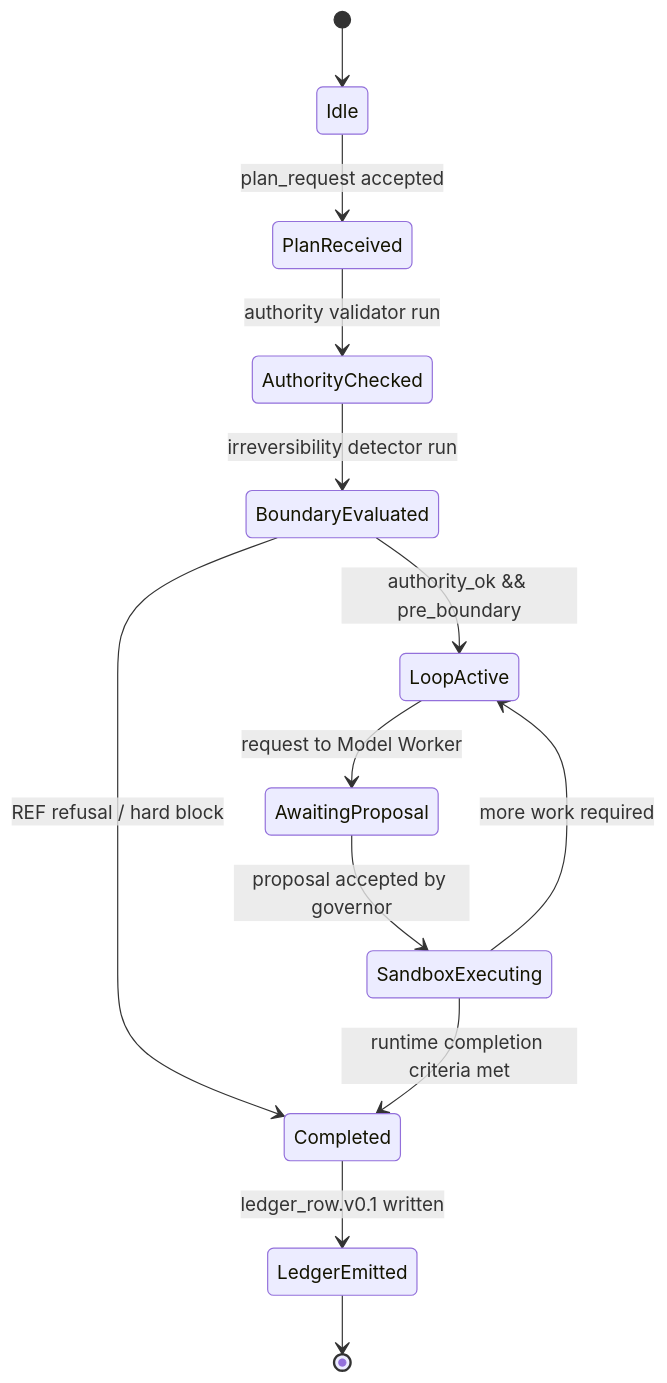
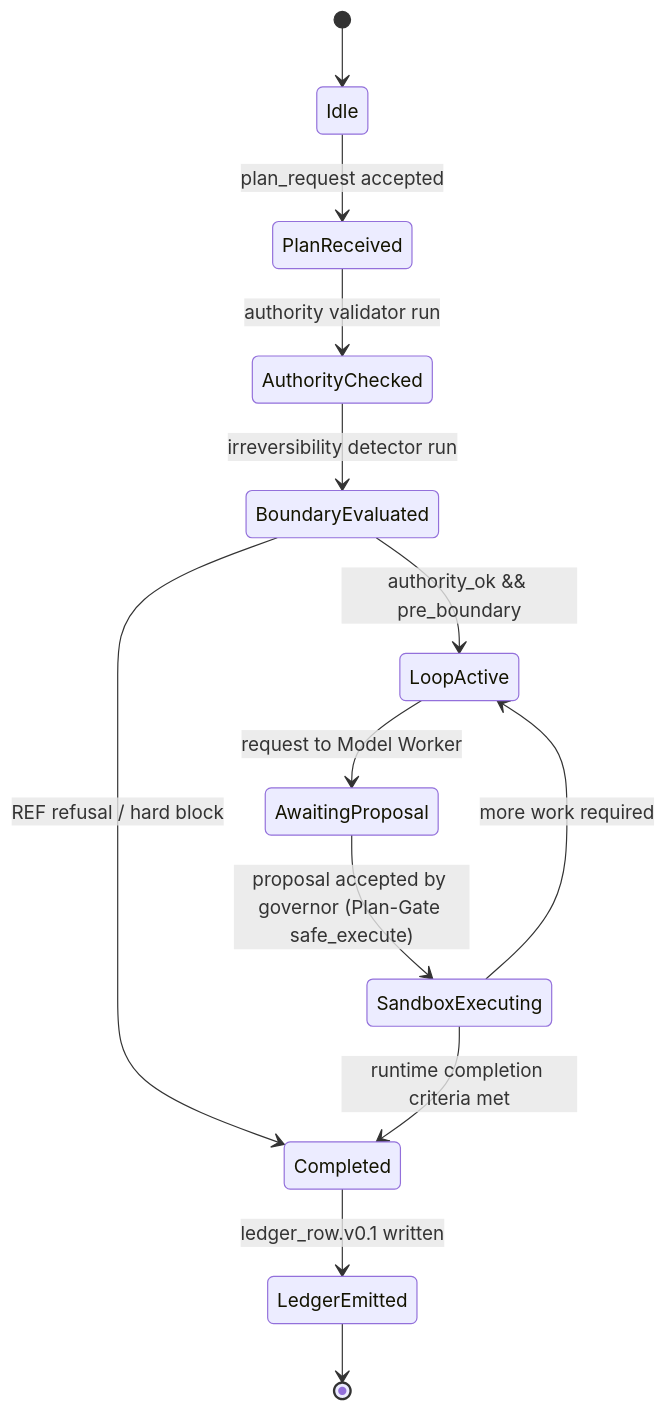
The diagram in docs/RUNTIME/RUNTIME_AGENT_ARCHITECTURE.md (harshilshah2501/m-coder), drawn with Mermaid before and after one commit. The commit also changed other lines of this file and 18 other files, not shown here.

````diff
--- a/docs/RUNTIME/RUNTIME_AGENT_ARCHITECTURE.md
+++ b/docs/RUNTIME/RUNTIME_AGENT_ARCHITECTURE.md
@@ -26,17 +26,17 @@
 ```mermaid
 stateDiagram-v2
   [*] --> Idle
   Idle --> PlanReceived: plan_request accepted
   PlanReceived --> AuthorityChecked: authority validator run
   AuthorityChecked --> BoundaryEvaluated: irreversibility detector run
   BoundaryEvaluated --> LoopActive: authority_ok && pre_boundary
   BoundaryEvaluated --> Completed: REF refusal / hard block
 
   LoopActive --> AwaitingProposal: request to Model Worker
-  AwaitingProposal --> SandboxExecuting: proposal accepted by governor
+  AwaitingProposal --> SandboxExecuting: proposal accepted by governor (Plan-Gate safe_execute)
   SandboxExecuting --> LoopActive: more work required
   SandboxExecuting --> Completed: runtime completion criteria met
 
   Completed --> LedgerEmitted: ledger_row.v0.1 written
   LedgerEmitted --> [*]
 ```
````
